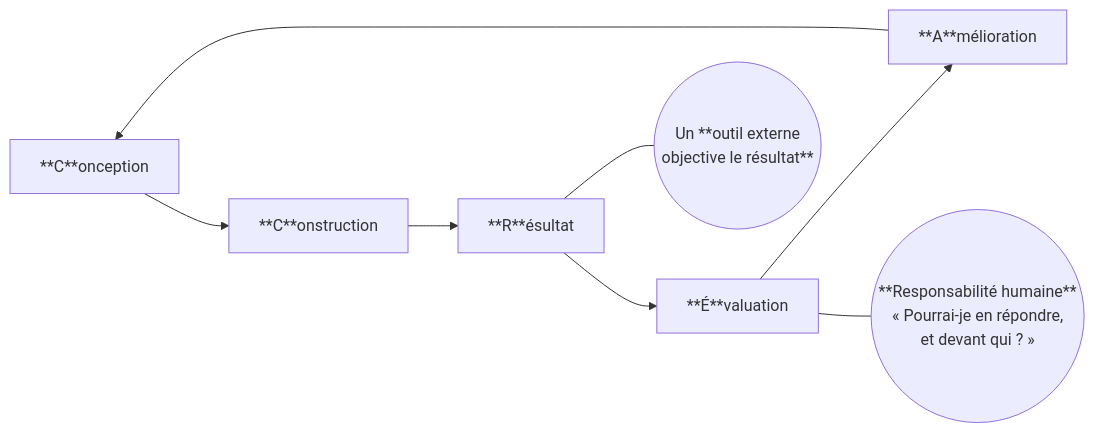
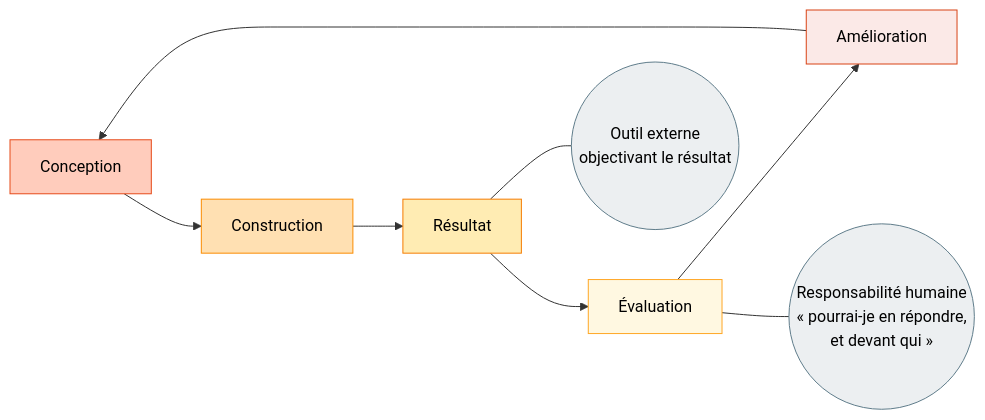
One commit to GrCOTE7/foyer changed the diagram in README.md. Above: the diagram before and after it, drawn with Mermaid.

Commit message:
Schéma + agréable (colorisé) pour le cycle CCRÉA

````diff
--- a/README.md
+++ b/README.md
@@ -55,11 +55,18 @@
 ```mermaid
 flowchart LR
-    A[**C**onception] --> B[**C**onstruction]
-    B --> C[**R**ésultat]
-    C --> D[**É**valuation]
-    D --> E[**A**mélioration]
+    classDef conception fill:#FFCCBC,stroke:#E64A19,color:#000
+    classDef construction fill:#FFE0B2,stroke:#FB8C00,color:#000
+    classDef resultat fill:#FFECB3,stroke:#F57C00,color:#000
+    classDef evaluation fill:#FFF8E1,stroke:#FFA726,color:#000
+    classDef amelioration fill:#FBE9E7,stroke:#D84315,color:#000
+    classDef externe fill:#ECEFF1,stroke:#607D8B,color:#000
+
+    A[Conception]:::conception --> B[Construction]:::construction
+    B --> C[Résultat]:::resultat
+    C --> D[Évaluation]:::evaluation
+    D --> E[Amélioration]:::amelioration
     E --> A
 
-    C --- F((Un **outil externe<br/>objective le résultat**))
-    D --- G((**Responsabilité humaine**<br/>« Pourrai‑je en répondre,<br/>et devant qui ? »))
+    C --- F((Outil externe<br/>objectivant le résultat)):::externe
+    D --- G((Responsabilité humaine<br/>« pourrai‑je en répondre,<br/>et devant qui »)):::externe
 ```
````
